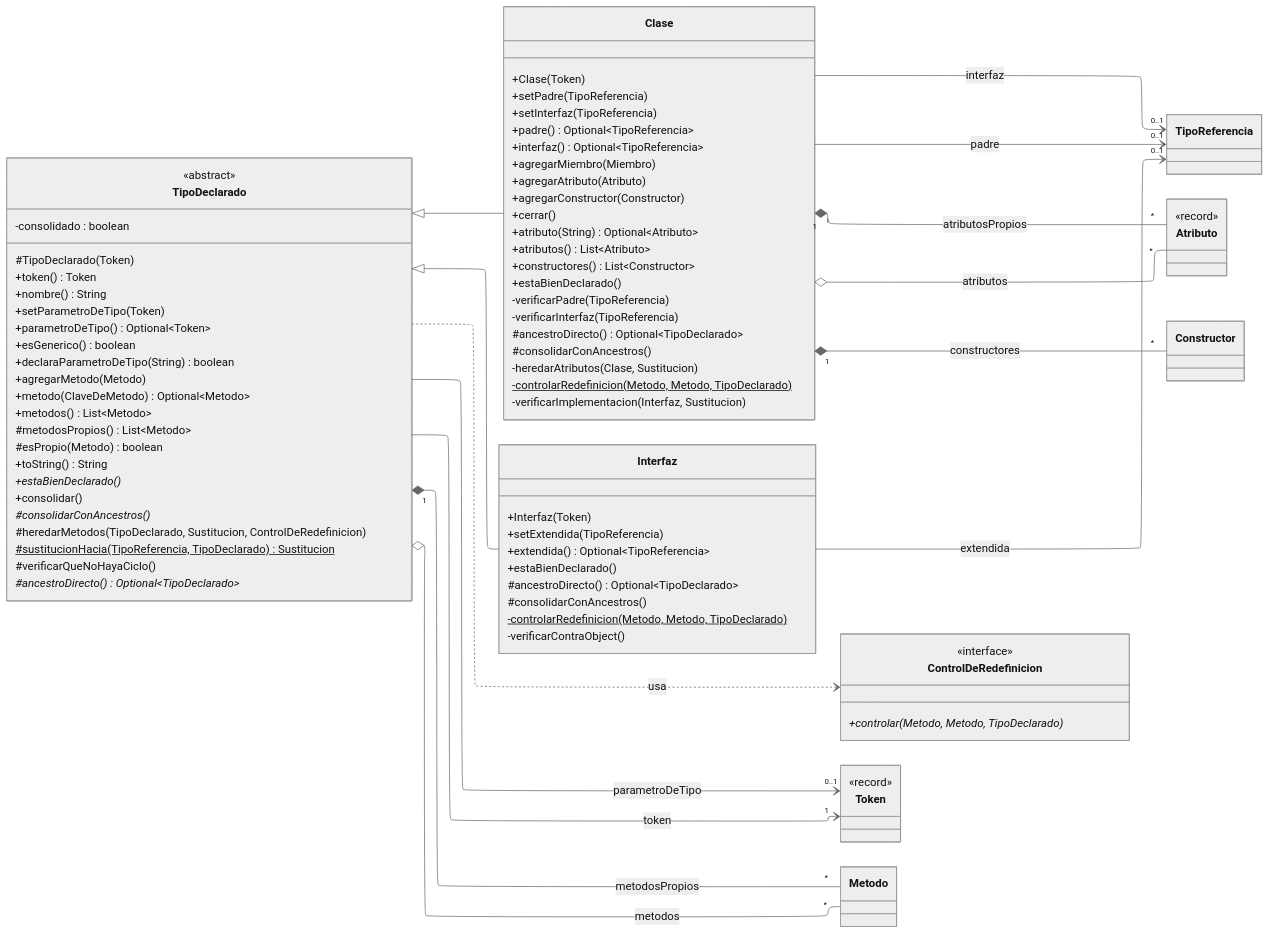
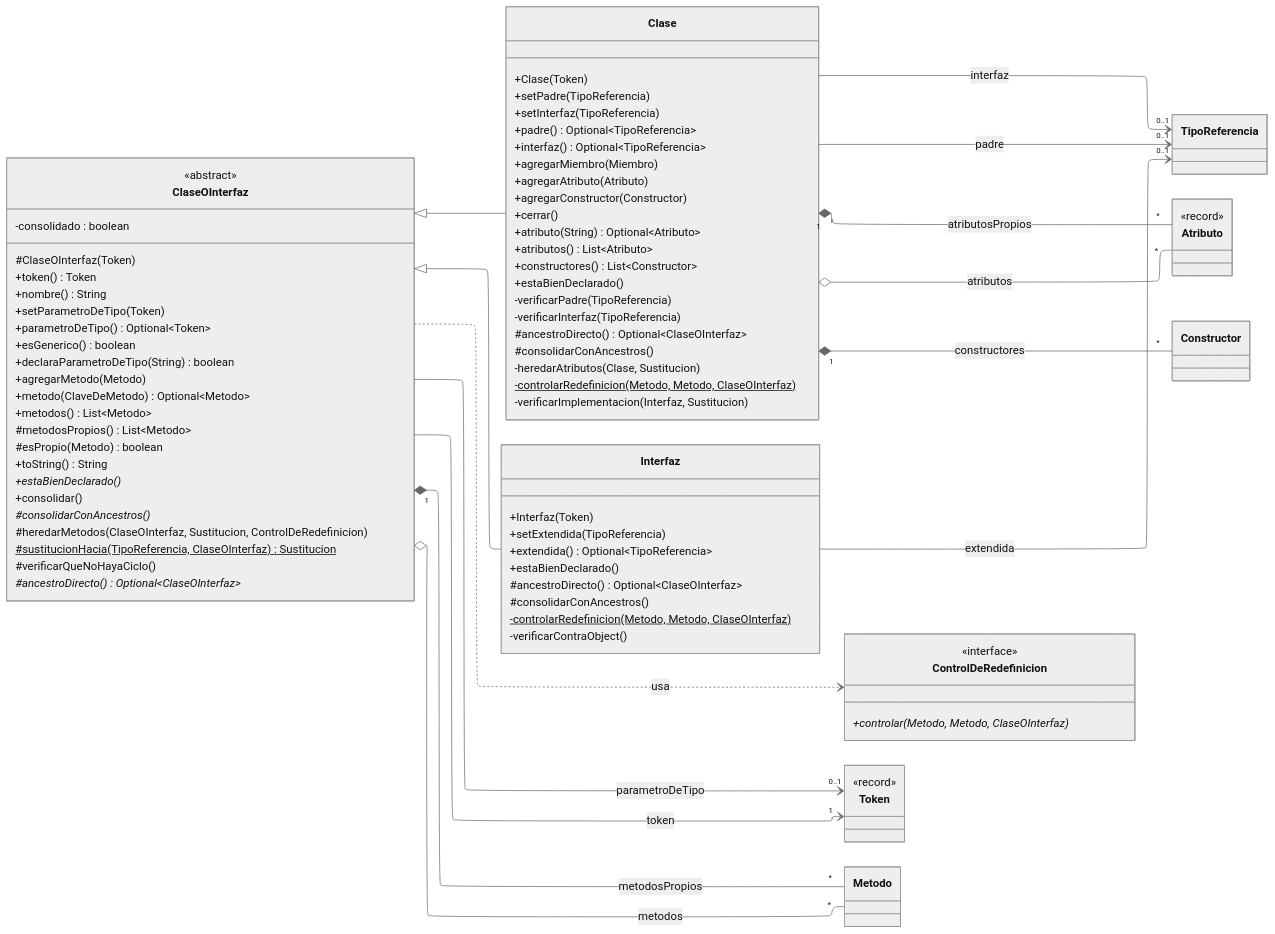
Before and after one commit to agustinpaul0/Proyecto-CEI: the third of 5 diagrams in documentacion/semantico/arquitectura-del-analizador-semantico.md, drawn with Mermaid (neutral theme). The commit also changed other lines of this file and 22 other files, not shown here.

First line of the commit message:
Renombra TipoDeclarado a ClaseOInterfaz

```diff
--- a/documentacion/semantico/arquitectura-del-analizador-semantico.md
+++ b/documentacion/semantico/arquitectura-del-analizador-semantico.md
@@ -135,10 +135,10 @@
 ---
 classDiagram
     direction LR
-    class TipoDeclarado {
+    class ClaseOInterfaz {
         <<abstract>>
         -consolidado : boolean
-        #TipoDeclarado(Token)
+        #ClaseOInterfaz(Token)
         +token() Token
         +nombre() String
         +setParametroDeTipo(Token)
@@ -154,14 +154,14 @@
         +estaBienDeclarado()*
         +consolidar()
         #consolidarConAncestros()*
-        #heredarMetodos(TipoDeclarado, Sustitucion, ControlDeRedefinicion)
-        #sustitucionHacia(TipoReferencia, TipoDeclarado)$ Sustitucion
+        #heredarMetodos(ClaseOInterfaz, Sustitucion, ControlDeRedefinicion)
+        #sustitucionHacia(TipoReferencia, ClaseOInterfaz)$ Sustitucion
         #verificarQueNoHayaCiclo()
-        #ancestroDirecto()* Optional~TipoDeclarado~
+        #ancestroDirecto()* Optional~ClaseOInterfaz~
     }
     class ControlDeRedefinicion {
         <<interface>>
-        +controlar(Metodo, Metodo, TipoDeclarado)*
+        +controlar(Metodo, Metodo, ClaseOInterfaz)*
     }
     class Clase {
         +Clase(Token)
@@ -179,10 +179,10 @@
         +estaBienDeclarado()
         -verificarPadre(TipoReferencia)
         -verificarInterfaz(TipoReferencia)
-        #ancestroDirecto() Optional~TipoDeclarado~
+        #ancestroDirecto() Optional~ClaseOInterfaz~
         #consolidarConAncestros()
         -heredarAtributos(Clase, Sustitucion)
-        -controlarRedefinicion(Metodo, Metodo, TipoDeclarado)$
+        -controlarRedefinicion(Metodo, Metodo, ClaseOInterfaz)$
         -verificarImplementacion(Interfaz, Sustitucion)
     }
     class Interfaz {
@@ -190,9 +190,9 @@
         +setExtendida(TipoReferencia)
         +extendida() Optional~TipoReferencia~
         +estaBienDeclarado()
-        #ancestroDirecto() Optional~TipoDeclarado~
+        #ancestroDirecto() Optional~ClaseOInterfaz~
         #consolidarConAncestros()
-        -controlarRedefinicion(Metodo, Metodo, TipoDeclarado)$
+        -controlarRedefinicion(Metodo, Metodo, ClaseOInterfaz)$
         -verificarContraObject()
     }
     class Token {
@@ -204,13 +204,13 @@
         <<record>>
     }
     class Constructor
-    TipoDeclarado <|-- Clase
-    TipoDeclarado <|-- Interfaz
-    TipoDeclarado ..> ControlDeRedefinicion : usa
-    TipoDeclarado --> "1" Token : token
-    TipoDeclarado --> "0..1" Token : parametroDeTipo
-    TipoDeclarado "1" *-- "*" Metodo : metodosPropios
-    TipoDeclarado o-- "*" Metodo : metodos
+    ClaseOInterfaz <|-- Clase
+    ClaseOInterfaz <|-- Interfaz
+    ClaseOInterfaz ..> ControlDeRedefinicion : usa
+    ClaseOInterfaz --> "1" Token : token
+    ClaseOInterfaz --> "0..1" Token : parametroDeTipo
+    ClaseOInterfaz "1" *-- "*" Metodo : metodosPropios
+    ClaseOInterfaz o-- "*" Metodo : metodos
     Clase --> "0..1" TipoReferencia : padre
     Clase --> "0..1" TipoReferencia : interfaz
     Clase "1" *-- "*" Atributo : atributosPropios
```
